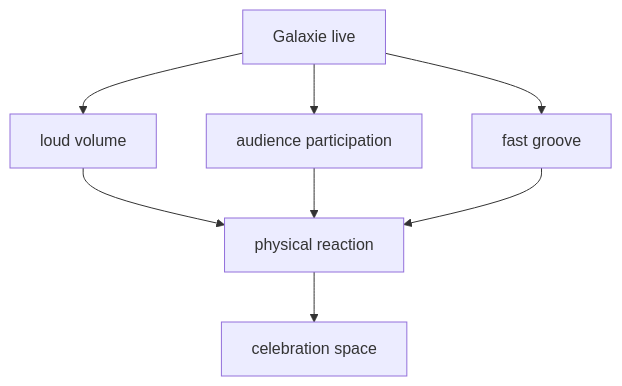
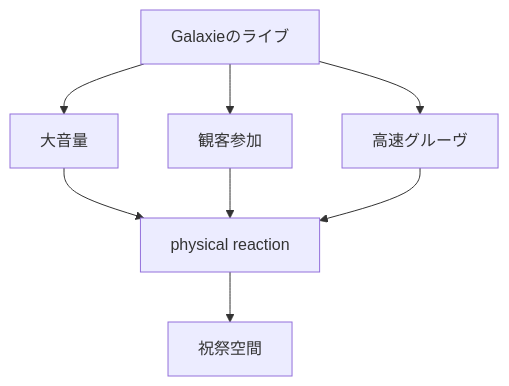
Before and after one commit to monumental-movement/monumental-movement.github.io: the fifth of 8 diagrams in en/_posts/2026-05-07-column-galaxie.md, drawn with Mermaid. The commit also changed other lines of this file and 2196 other files, not shown here.

```diff
--- a/en/_posts/2026-05-07-column-galaxie.md
+++ b/en/_posts/2026-05-07-column-galaxie.md
@@ -323,10 +323,10 @@
 <div class="mermaid">
 graph TD
-A[Galaxie live] --> B[loud volume]
-A --> C[audience participation]
-A --> D[fast groove]
+A[Galaxieのライブ] --> B[大音量]
+A --> C[観客参加]
+A --> D[高速グルーヴ]
 B --> E[physical reaction]
 C --> E
 D --> E
-E --> F[celebration space]
+E --> F[祝祭空間]
 </div>
```
